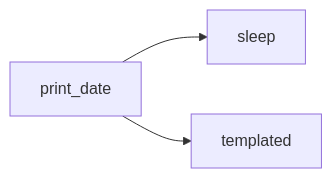
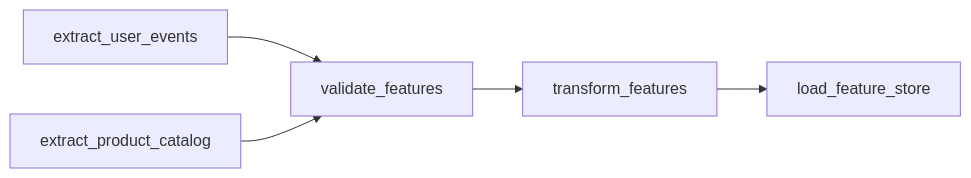
Before and after one commit to devasthali-os/lamatola-ETL: the second of 4 diagrams in docs/product_recs_feature_design.md, drawn with Mermaid. The commit also changed other lines of this file and 5 other files, not shown here.

````diff
--- a/docs/product_recs_feature_design.md
+++ b/docs/product_recs_feature_design.md
@@ -49,5 +70,7 @@
 ```mermaid
 graph LR
-    print_date --> sleep
-    print_date --> templated
+    extract_user_events --> validate_features
+    extract_product_catalog --> validate_features
+    validate_features --> transform_features
+    transform_features --> load_feature_store
 ```
````
